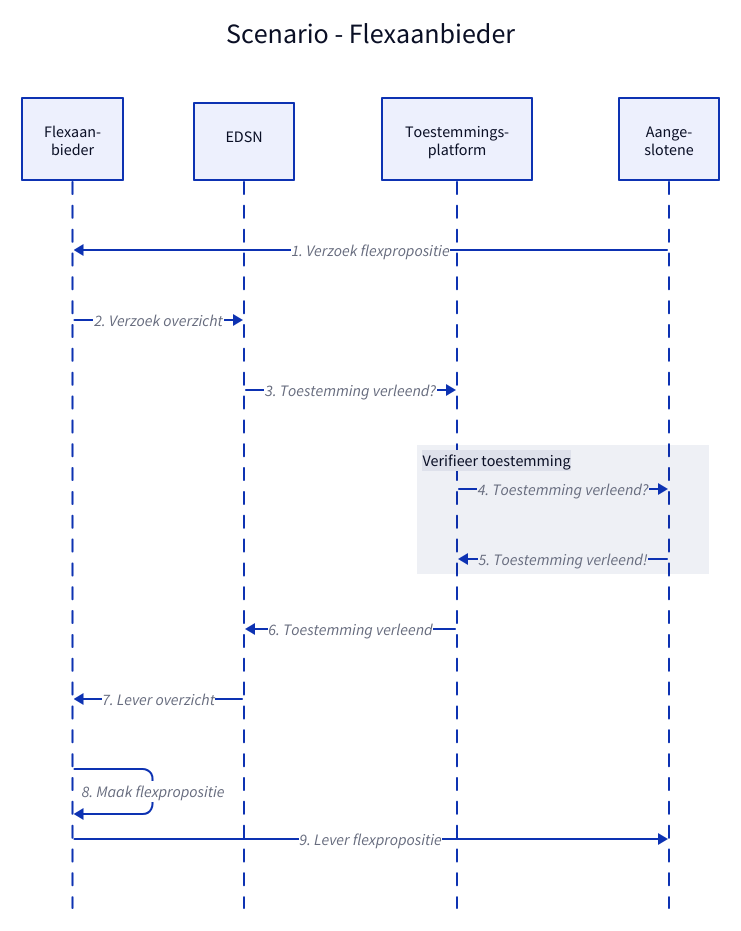
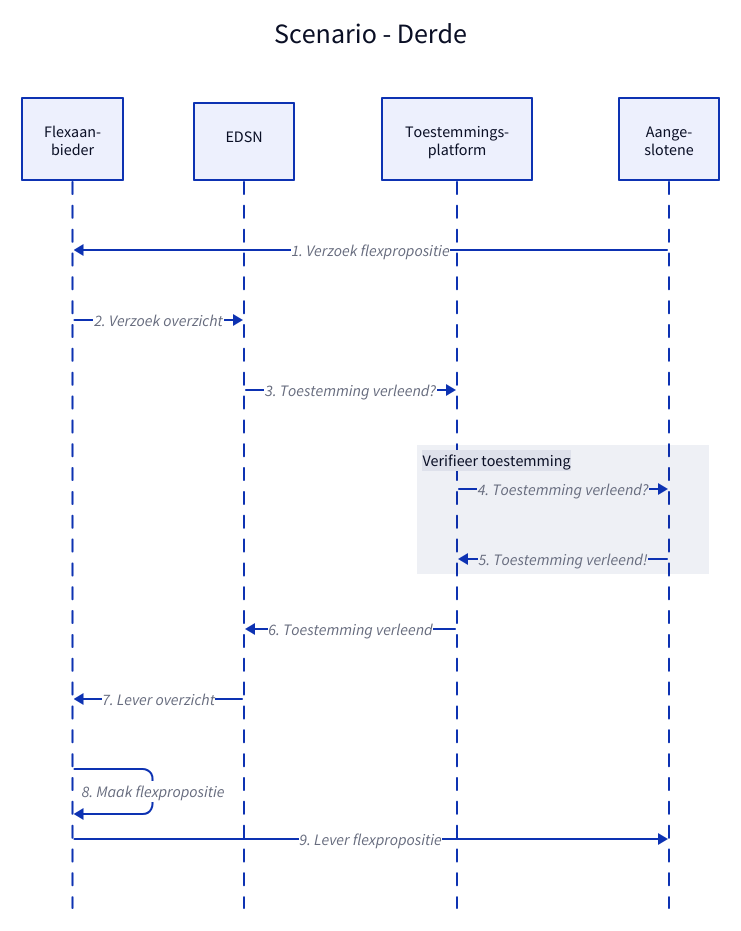
Before and after one commit to Netbeheer-Nederland/solution-designs: the diagram in src/docs/modules/ROOT/partials/diagrams/detectie/gebruiksscenario.d2, drawn with D2. The commit also changed 1 other file, not shown here.

```diff
--- a/src/docs/modules/ROOT/partials/diagrams/detectie/gebruiksscenario.d2
+++ b/src/docs/modules/ROOT/partials/diagrams/detectie/gebruiksscenario.d2
@@ -1,26 +1,26 @@
 vars: {
   d2-config: {
     pad: 20
   }
 }
 
-Scenario - Flexaanbieder: {
+Scenario - Derde: {
   shape: sequence_diagram
 
   FA: "Flexaan-\nbieder"
   EDSN: "EDSN\n "
   TSP: "Toestemmings-\nplatform"
   A: "Aange-\nslotene"
 
   A -> FA: "1. Verzoek flexpropositie"
   FA -> EDSN: "2. Verzoek overzicht"
   EDSN -> TSP: "3. Toestemming verleend?"
   "Verifieer toestemming": {
     TSP -> A: "4. Toestemming verleend?"
     A -> TSP: "5. Toestemming verleend!"
   }
   TSP -> EDSN: "6. Toestemming verleend"
   EDSN -> FA: "7. Lever overzicht"
   FA -> FA: "8. Maak flexpropositie"
   FA -> A: "9. Lever flexpropositie"
 }
```
